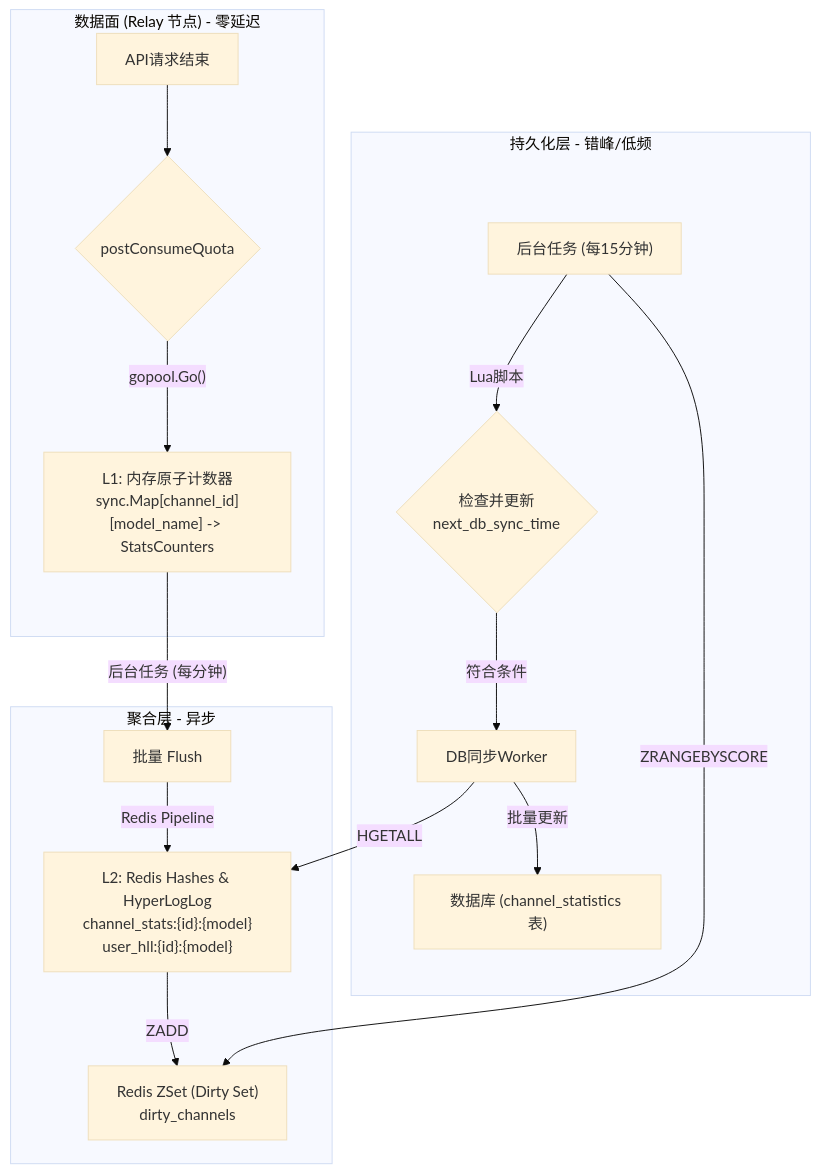
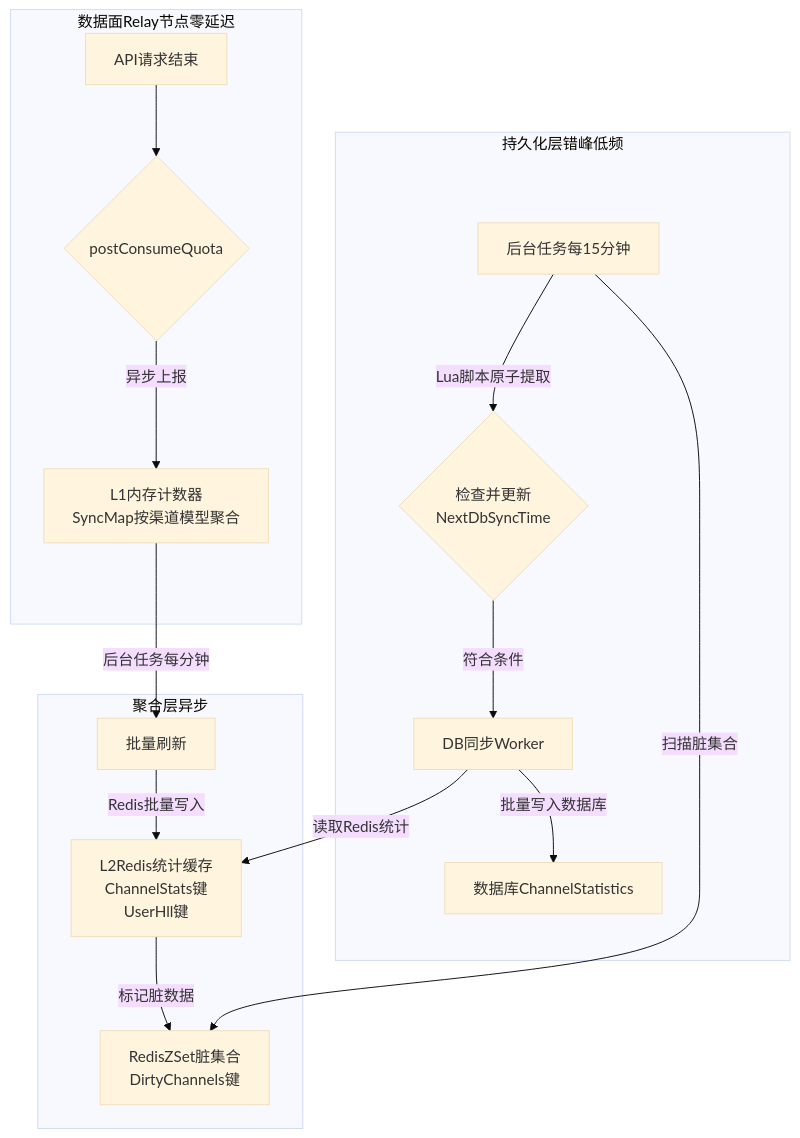
Before and after one commit to WoolenWang/new-api: the first of 2 diagrams in docs/01-P2P共享分组与用户创建渠道的状态信息监控统计与展示.md, drawn with Mermaid (base theme). The commit also changed other lines of this file, not shown here.

````diff
--- a/docs/01-P2P共享分组与用户创建渠道的状态信息监控统计与展示.md
+++ b/docs/01-P2P共享分组与用户创建渠道的状态信息监控统计与展示.md
@@ -119,21 +125,21 @@
 ```mermaid
 flowchart TD
-    subgraph DataPlane ["数据面 (Relay 节点) - 零延迟"]
-        A[API请求结束] --> B{postConsumeQuota};
-        B -- "gopool.Go()" --> C["L1: 内存原子计数器<br>sync.Map[channel_id][model_name] -> StatsCounters"];
+    subgraph DataPlane ["数据面Relay节点零延迟"]
+        A["API请求结束"] --> B{"postConsumeQuota"};
+        B -- "异步上报" --> C["L1内存计数器<br>SyncMap按渠道模型聚合"];
     end
 
-    subgraph AggregationLayer [聚合层 - 异步]
-        C -- "后台任务 (每分钟)" --> D[批量 Flush];
-        D -- "Redis Pipeline" --> E["L2: Redis Hashes & HyperLogLog<br>channel_stats:{id}:{model}<br>user_hll:{id}:{model}"];
-        E -- "ZADD" --> F["Redis ZSet (Dirty Set)<br>dirty_channels"];
+    subgraph AggregationLayer ["聚合层异步"]
+        C -- "后台任务每分钟" --> D["批量刷新"];
+        D -- "Redis批量写入" --> E["L2Redis统计缓存<br>ChannelStats键<br>UserHll键"];
+        E -- "标记脏数据" --> F["RedisZSet脏集合<br>DirtyChannels键"];
     end
 
-    subgraph PersistenceLayer [持久化层 - 错峰/低频]
-        G["后台任务 (每15分钟)"] -- "ZRANGEBYSCORE" --> F;
-        G -- "Lua脚本" --> H{检查并更新<br>next_db_sync_time};
-        H -- "符合条件" --> I[DB同步Worker];
-        I -- "HGETALL" --> E;
-        I -- "批量更新" --> J["数据库 (channel_statistics 表)"];
+    subgraph PersistenceLayer ["持久化层错峰低频"]
+        G["后台任务每15分钟"] -- "扫描脏集合" --> F;
+        G -- "Lua脚本原子提取" --> H{"检查并更新<br>NextDbSyncTime"};
+        H -- "符合条件" --> I["DB同步Worker"];
+        I -- "读取Redis统计" --> E;
+        I -- "批量写入数据库" --> J["数据库ChannelStatistics"];
     end
 ```
````
